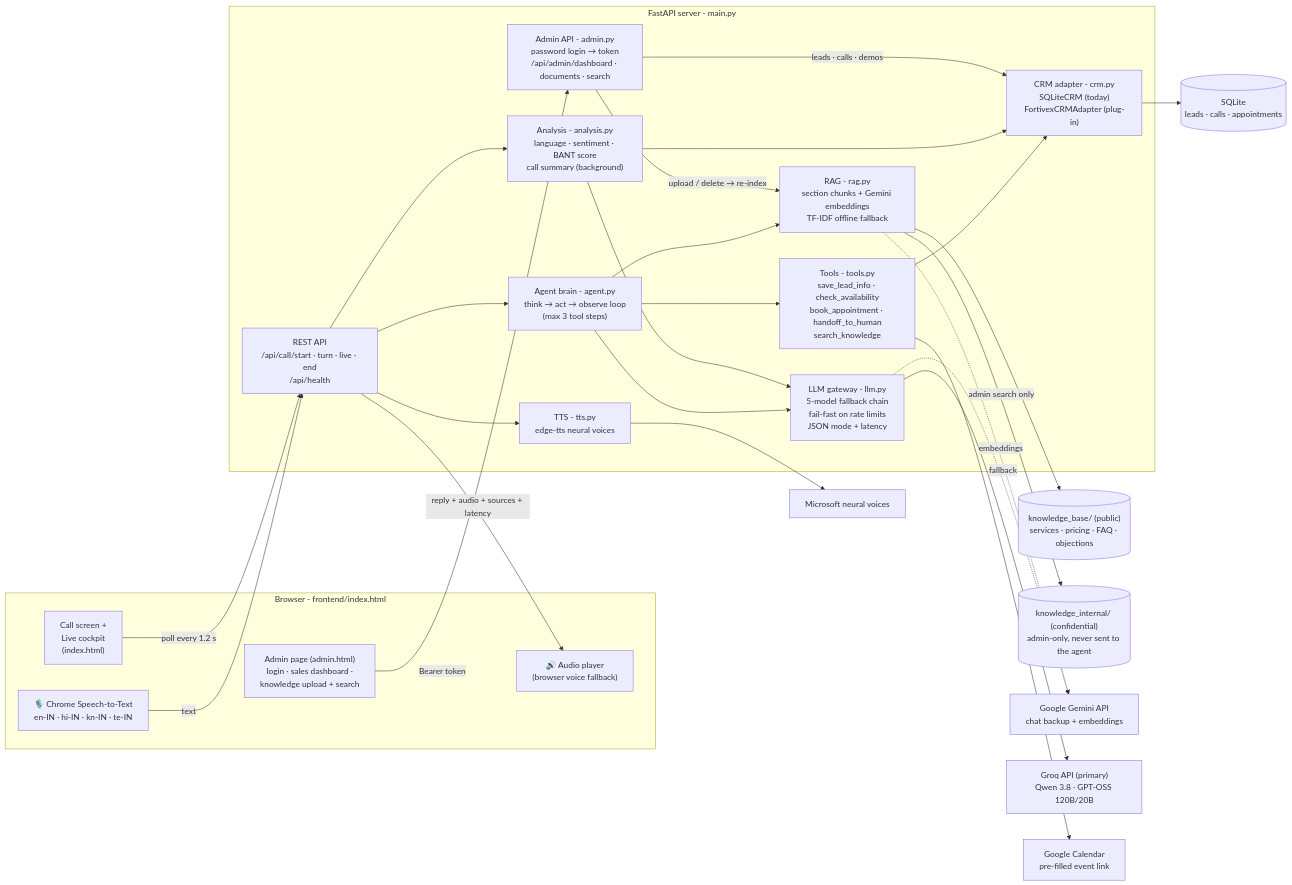
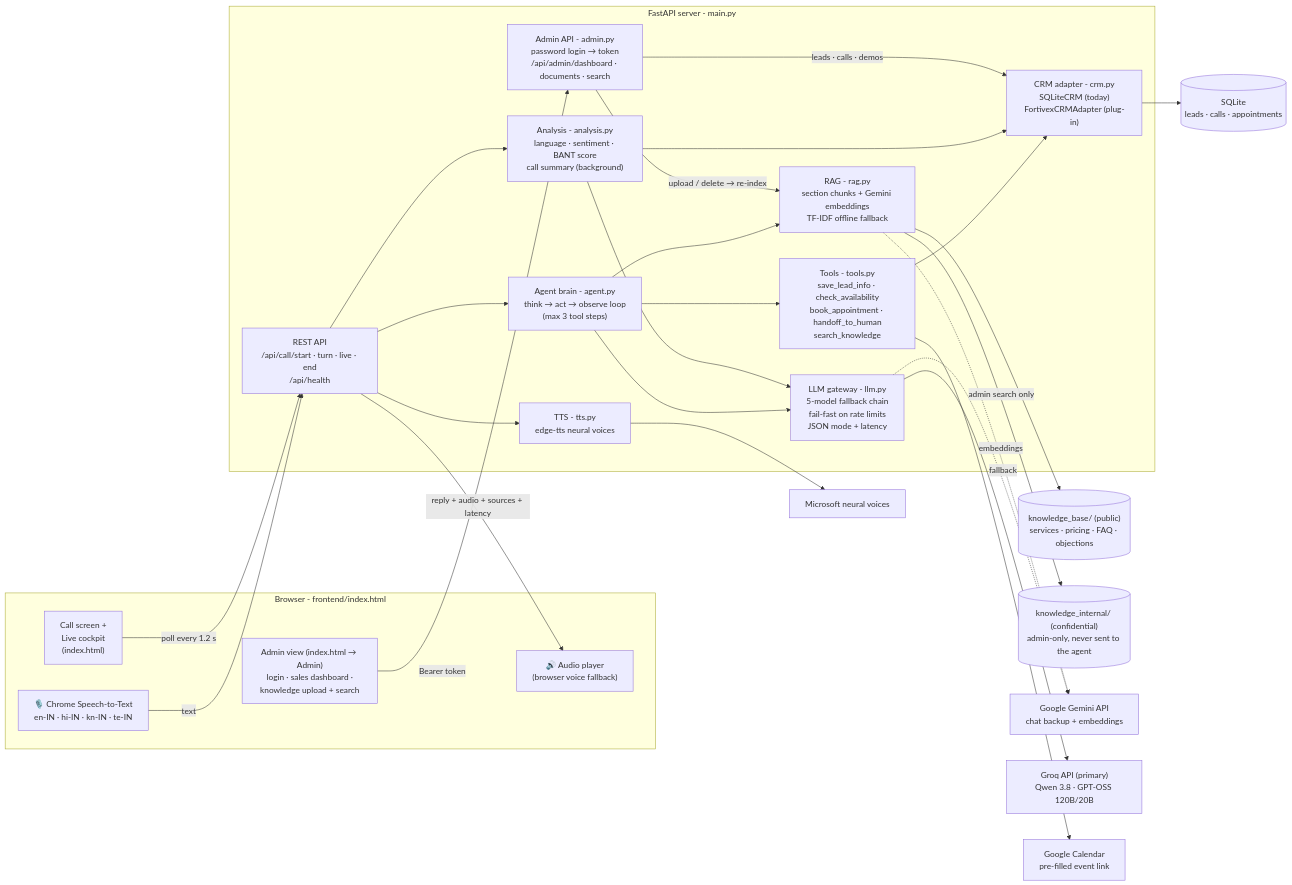
One commit to Nihar335/aria-voice-agent changed the second of 4 diagrams in docs/ARCHITECTURE.md. Above: the diagram before and after it, drawn with Mermaid. The commit also changed 21 other files, not shown here.

````diff
--- a/docs/ARCHITECTURE.md
+++ b/docs/ARCHITECTURE.md
@@ -42,53 +42,53 @@
 ```mermaid
 flowchart LR
     subgraph Browser["Browser - frontend/index.html"]
         MIC["🎙️ Chrome Speech-to-Text<br/>en-IN · hi-IN · kn-IN · te-IN"]
         UI["Call screen +<br/>Live cockpit<br/>(index.html)"]
-        ADM["Admin page (admin.html)<br/>login · sales dashboard ·<br/>knowledge upload + search"]
+        ADM["Admin view (index.html &rarr; Admin)<br/>login · sales dashboard ·<br/>knowledge upload + search"]
         SPK["🔊 Audio player<br/>(browser voice fallback)"]
     end
 
     subgraph Server["FastAPI server - main.py"]
         API["REST API<br/>/api/call/start · turn · live · end<br/>/api/health"]
         ADMIN["Admin API - admin.py<br/>password login → token<br/>/api/admin/dashboard · documents · search"]
         AGENT["Agent brain - agent.py<br/>think → act → observe loop<br/>(max 3 tool steps)"]
         RAG["RAG - rag.py<br/>section chunks + Gemini embeddings<br/>TF-IDF offline fallback"]
         TOOLS["Tools - tools.py<br/>save_lead_info · check_availability<br/>book_appointment · handoff_to_human<br/>search_knowledge"]
         ANALYSIS["Analysis - analysis.py<br/>language · sentiment · BANT score<br/>call summary (background)"]
         TTS["TTS - tts.py<br/>edge-tts neural voices"]
         LLM["LLM gateway - llm.py<br/>5-model fallback chain<br/>fail-fast on rate limits<br/>JSON mode + latency"]
         CRM["CRM adapter - crm.py<br/>SQLiteCRM (today)<br/>FortivexCRMAdapter (plug-in)"]
     end
 
     KB[("knowledge_base/ (public)<br/>services · pricing · FAQ · objections")]
     KBI[("knowledge_internal/ (confidential)<br/>admin-only, never sent to the agent")]
     DB[("SQLite<br/>leads · calls · appointments")]
     GEM["Google Gemini API<br/>chat backup + embeddings"]
     GROQ["Groq API (primary)<br/>Qwen 3.8 · GPT-OSS 120B/20B"]
     MSV["Microsoft neural voices"]
     GCAL["Google Calendar<br/>pre-filled event link"]
 
     MIC -->|text| API
     API --> AGENT
     AGENT --> RAG
     RAG --> KB
     AGENT --> TOOLS
     TOOLS --> CRM
     TOOLS --> GCAL
     AGENT --> LLM
     ANALYSIS --> LLM
     LLM --> GROQ
     LLM -.->|fallback| GEM
     RAG -.->|embeddings| GEM
     API --> TTS
     TTS --> MSV
     API -->|reply + audio + sources + latency| SPK
     API --> ANALYSIS
     ANALYSIS --> CRM
     CRM --> DB
     UI -->|poll every 1.2 s| API
     ADM -->|Bearer token| ADMIN
     ADMIN -->|upload / delete → re-index| RAG
     ADMIN -->|leads · calls · demos| CRM
     RAG -->|admin search only| KBI
 ```
````
